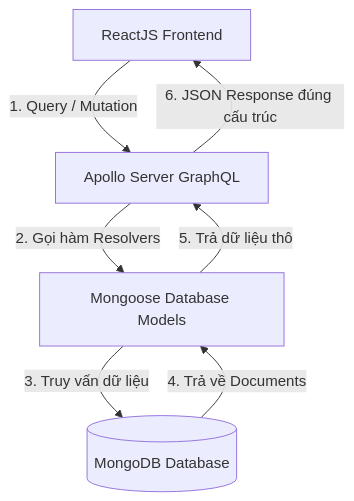
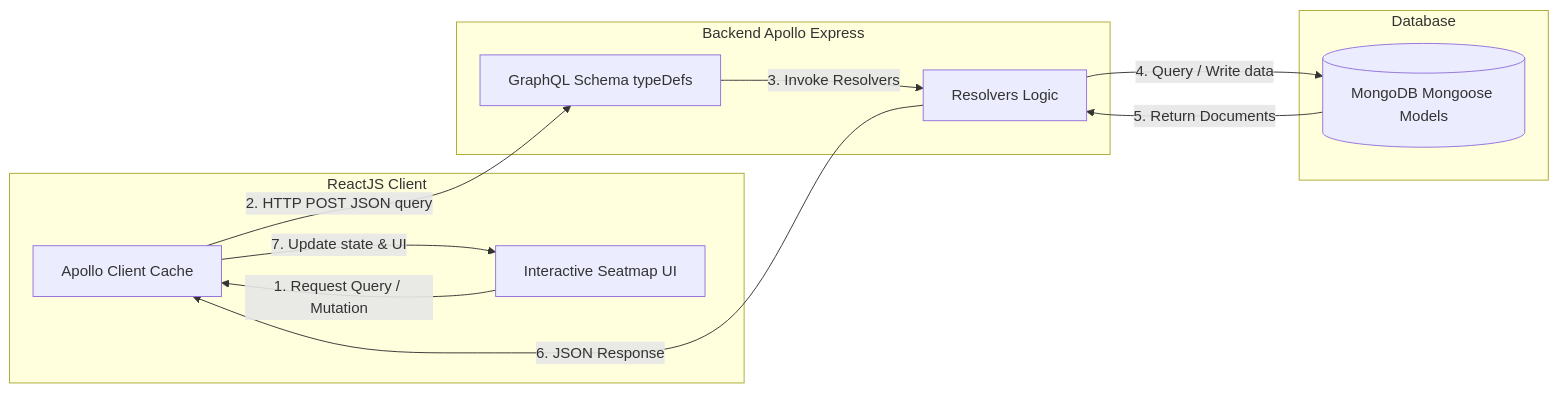
The eighth of 8 diagrams in README.md (HoNhutHao-1006/Baocaocuoiki-GVNguyenTanPhuoc), drawn with Mermaid before and after one commit. The commit also changed other lines of this file, not shown here.

````diff
--- a/README.md
+++ b/README.md
@@ -564,9 +648,22 @@
 ```mermaid
-graph TD
-    A[ReactJS Frontend] -->|1. Query / Mutation | B[Apollo Server GraphQL]
-    B -->|2. Gọi hàm Resolvers| C[Mongoose Database Models]
-    C -->|3. Truy vấn dữ liệu| D[(MongoDB Database)]
-    D -->|4. Trả về Documents| C
-    C -->|5. Trả dữ liệu thô| B
-    B -->|6. JSON Response đúng cấu trúc| A
+graph LR
+    subgraph Frontend [ReactJS Client]
+        A[Apollo Client Cache]
+        B[Interactive Seatmap UI]
+    end
+    subgraph Server [Backend Apollo Express]
+        C[GraphQL Schema typeDefs]
+        D[Resolvers Logic]
+    end
+    subgraph Storage [Database]
+        E[(MongoDB Mongoose Models)]
+    end
+
+    B -->|1. Request Query / Mutation| A
+    A -->|2. HTTP POST JSON query| C
+    C -->|3. Invoke Resolvers| D
+    D -->|4. Query / Write data| E
+    E -->|5. Return Documents| D
+    D -->|6. JSON Response| A
+    A -->|7. Update state & UI| B
 ```
````
